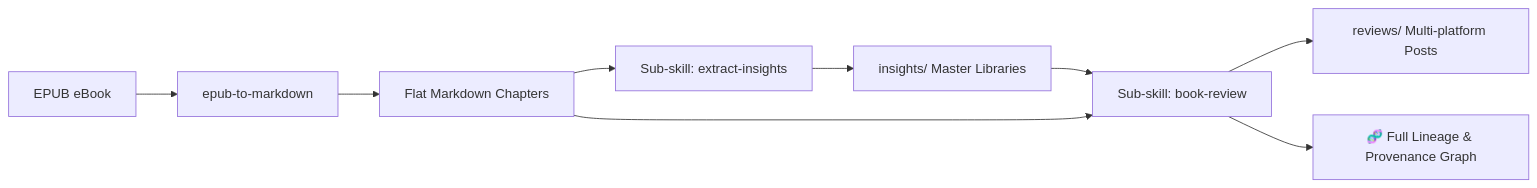
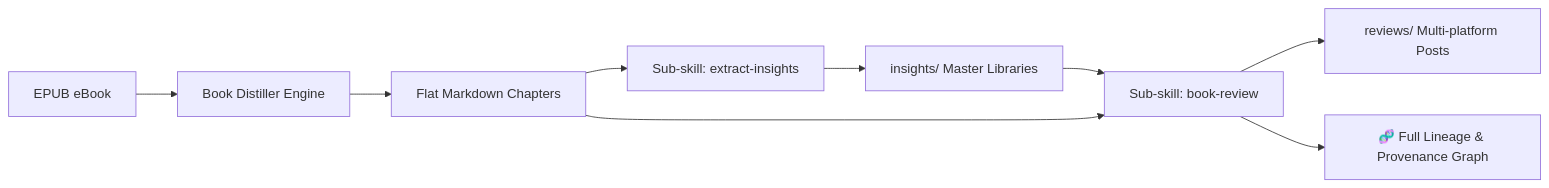
Before and after one commit to ubworkshop/book-distiller: the diagram in README.md, drawn with Mermaid. The commit also changed other lines of this file and 3 other files, not shown here.

Commit message:
chore: rename skill and repository to book-distiller (v2.8)

````diff
--- a/README.md
+++ b/README.md
@@ -24,11 +24,11 @@
 ```mermaid
 flowchart LR
-    EPUB[EPUB eBook] --> Main[epub-to-markdown]
+    EPUB[EPUB eBook] --> Main[Book Distiller Engine]
     Main --> Chapters[Flat Markdown Chapters]
     Chapters --> S1[Sub-skill: extract-insights]
     S1 --> Master[insights/ Master Libraries]
     Master --> S2[Sub-skill: book-review]
     Chapters --> S2
     S2 --> Reviews[reviews/ Multi-platform Posts]
     S2 --> Provenance[🧬 Full Lineage & Provenance Graph]
 ```
````
